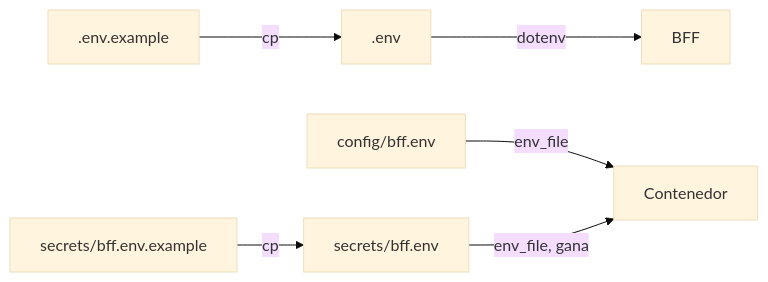
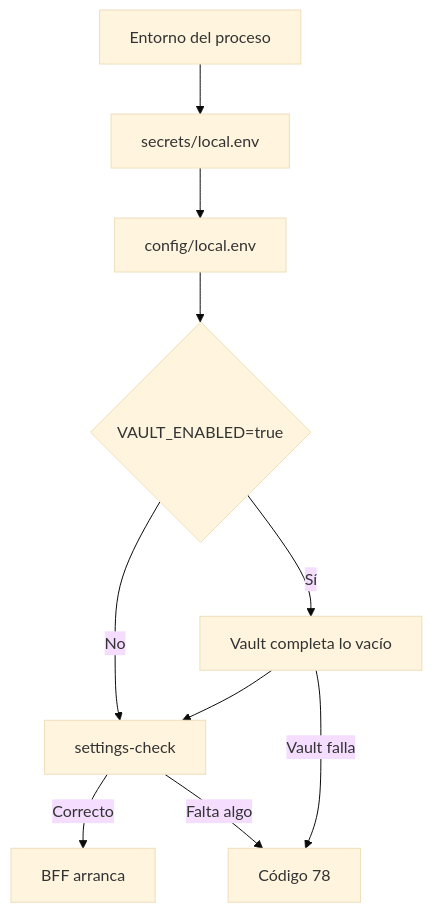
The diagram in docs/technical/environments.md (um-dev-creative/iris), drawn with Mermaid (base theme) before and after one commit. The commit also changed other lines of this file and 22 other files, not shown here.

First line of the commit message:
feat(config): read settings from local.env and optionally from Vault

````diff
--- a/docs/technical/environments.md
+++ b/docs/technical/environments.md
@@ -47,8 +50,12 @@
 ```mermaid
-flowchart LR
-  A[.env.example] -->|cp| B[.env]
-  B -->|dotenv| BFF[BFF]
-  C[config/bff.env] -->|env_file| BFF2[Contenedor]
-  D[secrets/bff.env.example] -->|cp| E[secrets/bff.env]
-  E -->|env_file, gana| BFF2
+flowchart TD
+  A[Entorno del proceso] --> B[secrets/local.env]
+  B --> C[config/local.env]
+  C --> D{VAULT_ENABLED=true}
+  D -->|Sí| E[Vault completa lo vacío]
+  D -->|No| F[settings-check]
+  E --> F
+  F -->|Correcto| G[BFF arranca]
+  F -->|Falta algo| H[Código 78]
+  E -->|Vault falla| H
 ```
````
